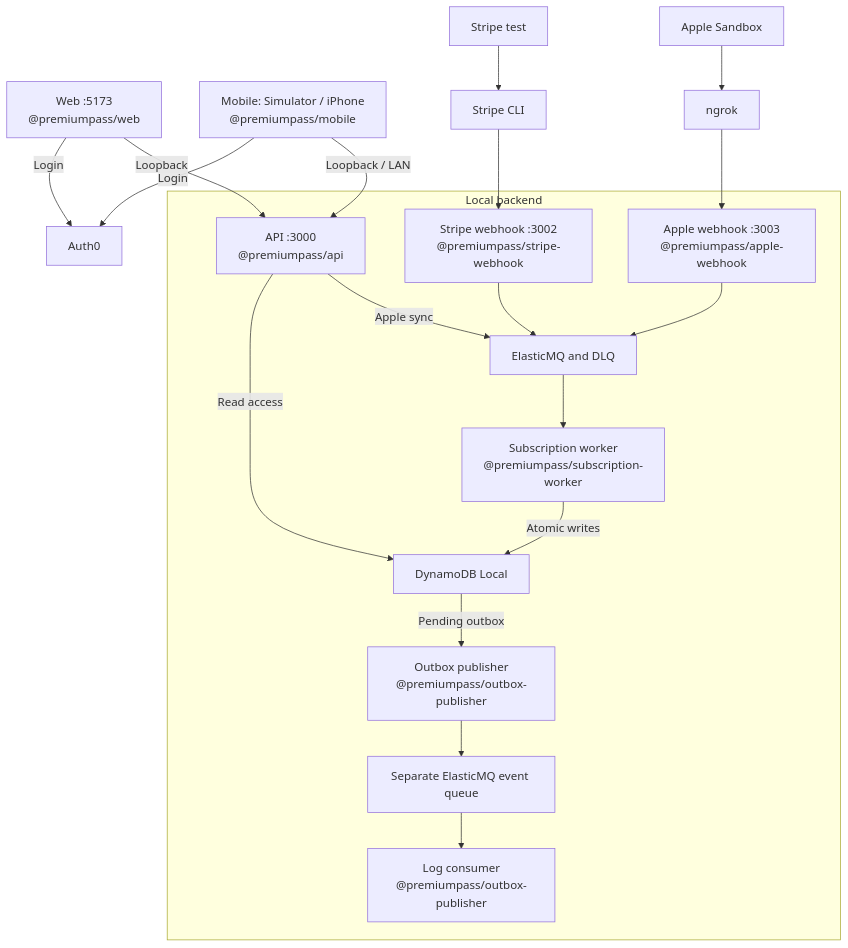
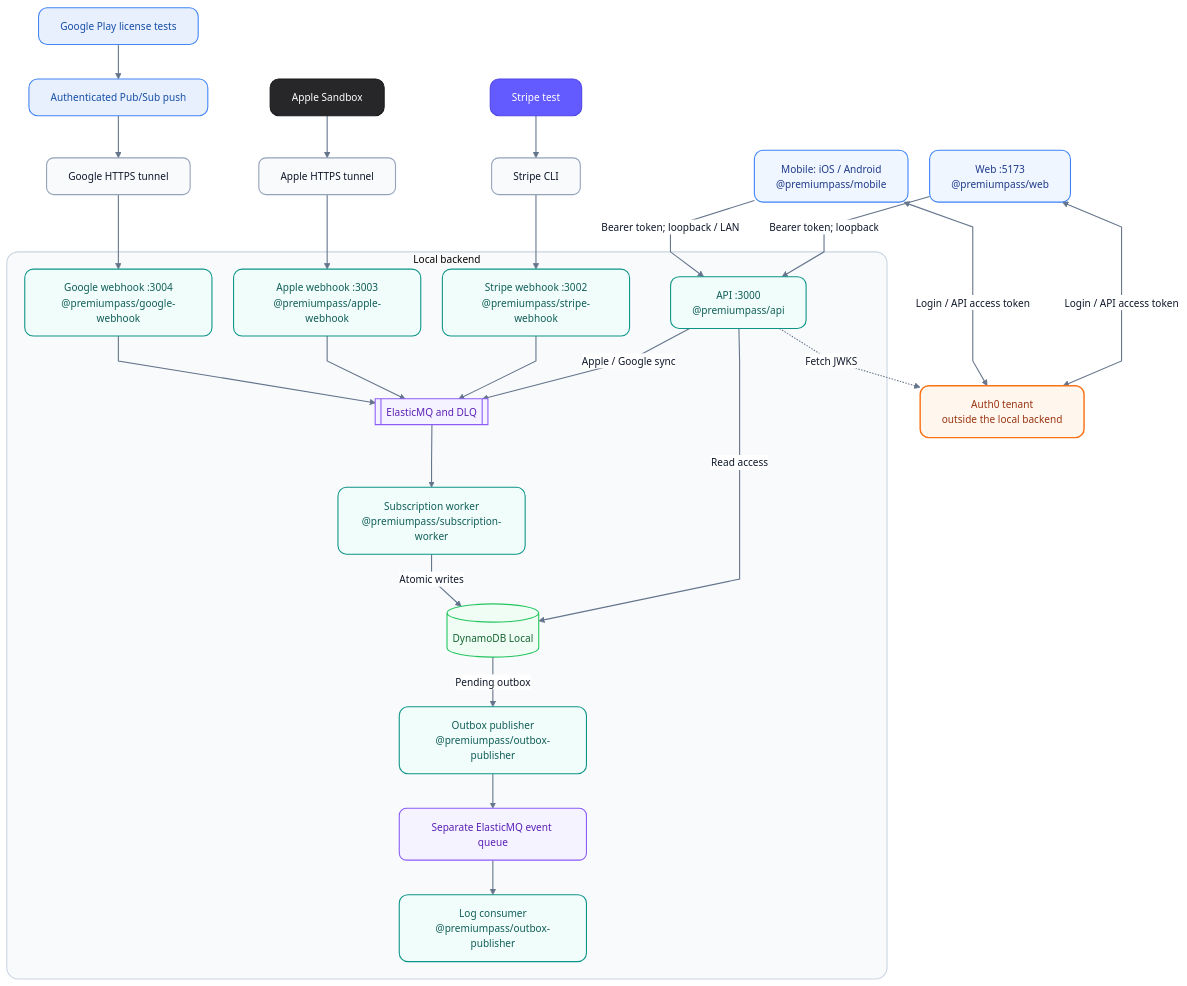
Before and after one commit to phillippbertram/subscription-consolidation-workshop: the first of 2 diagrams in docs/ARCHITECTURE.md, drawn with Mermaid. The commit also changed other lines of this file and 11 other files, not shown here.

First line of the commit message:
docs: add Google Play purchase support plan

````diff
--- a/docs/ARCHITECTURE.md
+++ b/docs/ARCHITECTURE.md
@@ -41,26 +53,70 @@
 ```mermaid
+---
+config:
+  theme: base
+  themeVariables:
+    fontFamily: Arial, Helvetica, sans-serif
+    fontSize: 14px
+    primaryTextColor: '#0f172a'
+    lineColor: '#64748b'
+    edgeLabelBackground: '#ffffff'
+    clusterBkg: '#f8fafc'
+    clusterBorder: '#cbd5e1'
+  flowchart:
+    curve: linear
+    nodeSpacing: 30
+    rankSpacing: 48
+---
 flowchart TB
-    Web["Web :5173<br/>@premiumpass/web"] -->|"Login"| Auth0["Auth0"]
-    Mobile["Mobile: Simulator / iPhone<br/>@premiumpass/mobile"] -->|"Login"| Auth0
+    Web["Web :5173<br/>@premiumpass/web"] <-->|"Login / API access token"| Auth0["Auth0 tenant<br/>outside the local backend"]
+    Mobile["Mobile: iOS / Android<br/>@premiumpass/mobile"] <-->|"Login / API access token"| Auth0
     Stripe["Stripe test"] --> StripeCLI["Stripe CLI"]
-    Apple["Apple Sandbox"] --> Ngrok["ngrok"]
+    Apple["Apple Sandbox"] --> AppleTunnel["Apple HTTPS tunnel"]
+    Google["Google Play license tests"] --> PubSub["Authenticated Pub/Sub push"]
+    PubSub --> GoogleTunnel["Google HTTPS tunnel"]
     subgraph Host["Local backend"]
         API["API :3000<br/>@premiumpass/api"]
         StripeHook["Stripe webhook :3002<br/>@premiumpass/stripe-webhook"]
         AppleHook["Apple webhook :3003<br/>@premiumpass/apple-webhook"]
-        Queue["ElasticMQ and DLQ"]
+        GoogleHook["Google webhook :3004<br/>@premiumpass/google-webhook"]
+        Queue[["ElasticMQ and DLQ"]]
         Worker["Subscription worker<br/>@premiumpass/subscription-worker"]
-        DB["DynamoDB Local"]
+        DB[("DynamoDB Local")]
         API -->|"Read access"| DB
-        API -->|"Apple sync"| Queue
+        API -->|"Apple / Google sync"| Queue
         StripeHook --> Queue
         AppleHook --> Queue
+        GoogleHook --> Queue
         Queue --> Worker -->|"Atomic writes"| DB
         DB -->|"Pending outbox"| Publisher["Outbox publisher<br/>@premiumpass/outbox-publisher"]
         Publisher --> Events["Separate ElasticMQ event queue"] --> Consumer["Log consumer<br/>@premiumpass/outbox-publisher"]
     end
-    Web -->|"Loopback"| API
-    Mobile -->|"Loopback / LAN"| API
+    Web -->|"Bearer token; loopback"| API
+    Mobile -->|"Bearer token; loopback / LAN"| API
+    API -.->|"Fetch JWKS"| Auth0
     StripeCLI --> StripeHook
-    Ngrok --> AppleHook
+    AppleTunnel --> AppleHook
+    GoogleTunnel --> GoogleHook
+    classDef default fill:#f8fafc,stroke:#94a3b8,color:#0f172a,stroke-width:1.5px,rx:10,ry:10
+    classDef client fill:#eff6ff,stroke:#3b82f6,color:#1e3a8a,stroke-width:1.5px,rx:12,ry:12
+    classDef identity fill:#fff7ed,stroke:#f97316,color:#9a3412,stroke-width:2px,rx:12,ry:12
+    classDef service fill:#f0fdfa,stroke:#0d9488,color:#115e59,stroke-width:1.5px,rx:12,ry:12
+    classDef queue fill:#f5f3ff,stroke:#8b5cf6,color:#5b21b6,stroke-width:1.5px,rx:10,ry:10
+    classDef data fill:#f0fdf4,stroke:#22c55e,color:#166534,stroke-width:1.5px
+    classDef failure fill:#fff1f2,stroke:#f43f5e,color:#9f1239,stroke-width:1.5px,rx:10,ry:10
+    classDef stripe fill:#635bff,stroke:#4f46e5,color:#ffffff,stroke-width:1.5px,rx:12,ry:12
+    classDef apple fill:#27272a,stroke:#18181b,color:#ffffff,stroke-width:1.5px,rx:12,ry:12
+    classDef google fill:#e8f0fe,stroke:#4285f4,color:#174ea6,stroke-width:1.5px,rx:12,ry:12
+    linkStyle default stroke:#64748b,stroke-width:1.5px
+    class Web,Mobile client
+    class Auth0 identity
+    class API,StripeHook,AppleHook,GoogleHook,Worker service
+    class Queue queue
+    class DB data
+    class Stripe stripe
+    class Apple apple
+    class Google,PubSub google
+    class Publisher,Consumer service
+    class Events queue
+    style Host fill:#f8fafc,stroke:#cbd5e1,stroke-width:1.5px,rx:16,ry:16
 ```
````
